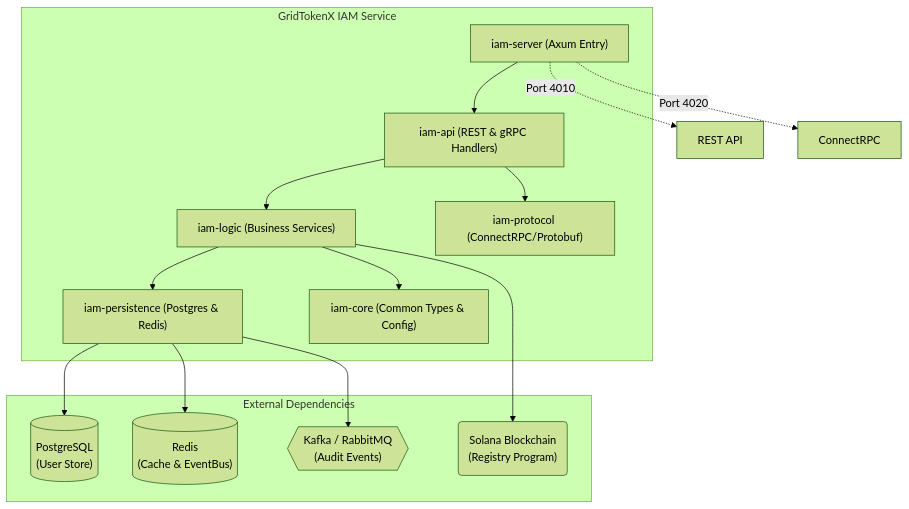
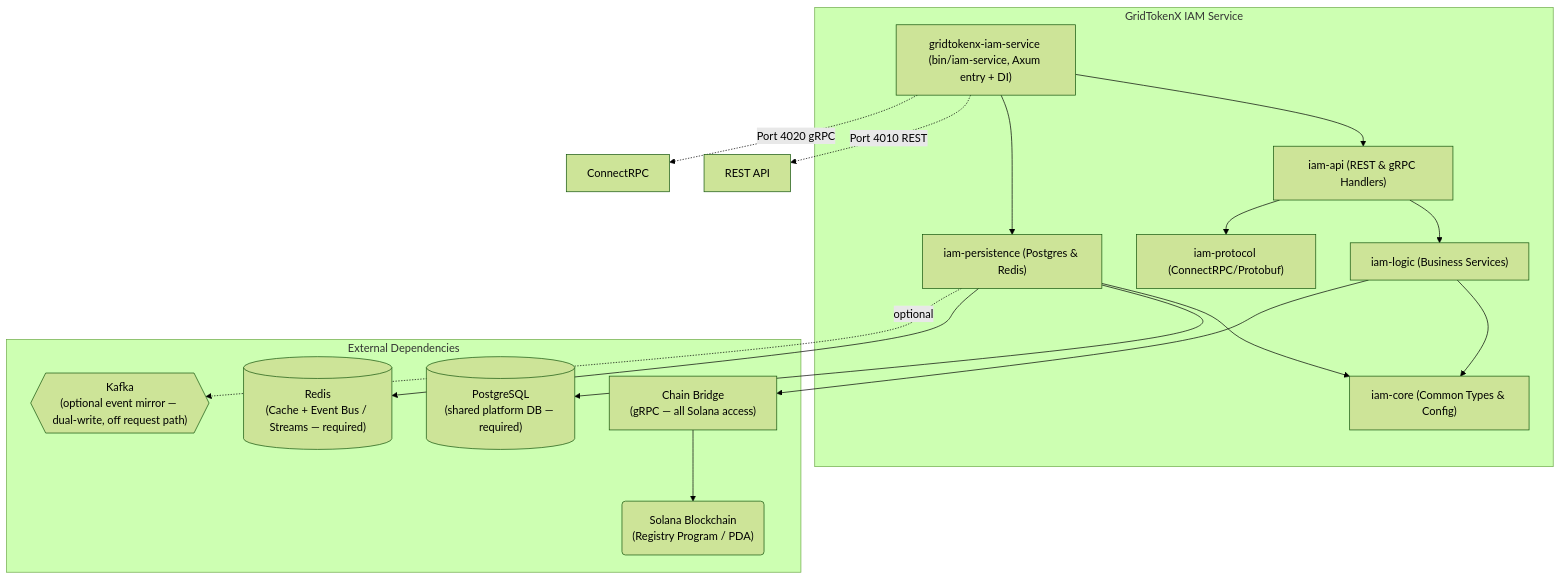
The first of 3 diagrams in README.md (NakaSato/gridtokenx-iam-service), drawn with Mermaid (forest theme) before and after one commit. The commit also changed other lines of this file and 1 other file, not shown here.

First line of the commit message:
docs(iam): refresh README + CLAUDE for current architecture

````diff
--- a/README.md
+++ b/README.md
@@ -13,32 +13,35 @@
 ```mermaid
 graph TD
     subgraph "GridTokenX IAM Service"
-        Server["iam-server (Axum Entry)"]
+        Server["gridtokenx-iam-service (bin/iam-service, Axum entry + DI)"]
         API["iam-api (REST & gRPC Handlers)"]
         Logic["iam-logic (Business Services)"]
         Persistence["iam-persistence (Postgres & Redis)"]
         Protocol["iam-protocol (ConnectRPC/Protobuf)"]
         Core["iam-core (Common Types & Config)"]
 
         Server --> API
+        Server --> Persistence
         API --> Logic
-        Logic --> Persistence
         API --> Protocol
         Logic --> Core
+        Persistence --> Core
     end
 
     subgraph "External Dependencies"
-        Postgres[("PostgreSQL\n(User Store)")]
-        Redis[("Redis\n(Cache & EventBus)")]
-        Solana("Solana Blockchain\n(Registry Program)")
-        Kafka{{"Kafka / RabbitMQ\n(Audit Events)"}}
+        Postgres[("PostgreSQL\n(shared platform DB — required)")]
+        Redis[("Redis\n(Cache + Event Bus / Streams — required)")]
+        ChainBridge["Chain Bridge\n(gRPC — all Solana access)"]
+        Solana("Solana Blockchain\n(Registry Program / PDA)")
+        Kafka{{"Kafka\n(optional event mirror — dual-write, off request path)"}}
     end
 
-    Server -.->|Port 4010| REST["REST API"]
-    Server -.->|Port 4020| GRP["ConnectRPC"]
+    Server -.->|Port 4010 REST| REST["REST API"]
+    Server -.->|Port 4020 gRPC| GRP["ConnectRPC"]
 
     Persistence --> Postgres
     Persistence --> Redis
-    Logic --> Solana
-    Persistence --> Kafka
+    Persistence -. optional .-> Kafka
+    Logic --> ChainBridge
+    ChainBridge --> Solana
 ```
````
